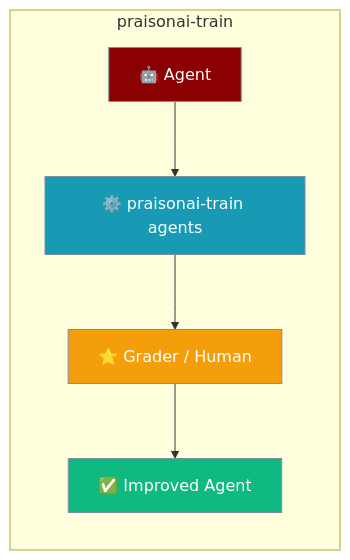
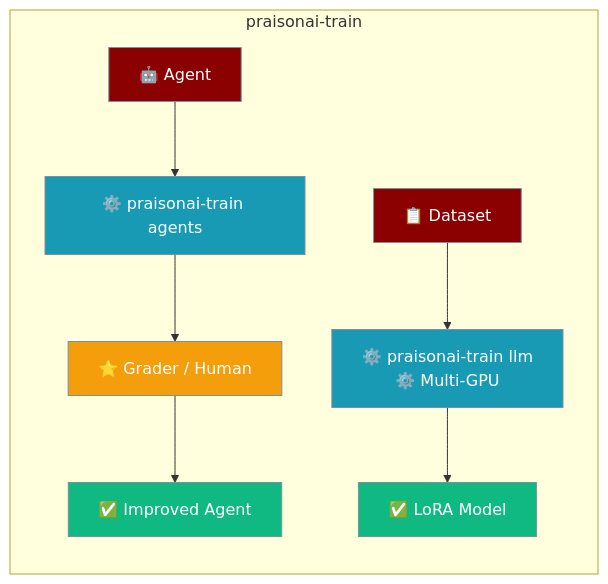
The first of 3 diagrams in docs/features/praisonai-train-package.mdx (MervinPraison/PraisonAIDocs), drawn with Mermaid before and after one commit. The commit also changed other lines of this file and 5 other files, not shown here.

Commit message:
docs: document praisonai-train multi-GPU, checkpointing, resume, eval & early stopping (fixes #2284)

````diff
--- a/docs/features/praisonai-train-package.mdx
+++ b/docs/features/praisonai-train-package.mdx
@@ -10,18 +10,20 @@
 ```mermaid
 graph LR
     subgraph "praisonai-train"
         Agent[🤖 Agent] --> Train[⚙️ praisonai-train agents]
         Train --> Grade[⭐ Grader / Human]
         Grade --> Better[✅ Improved Agent]
+        Data[📋 Dataset] --> LLM["⚙️ praisonai-train llm<br/>⚙️ Multi-GPU"]
+        LLM --> Model[✅ LoRA Model]
     end
 
     classDef input fill:#8B0000,stroke:#7C90A0,color:#fff
     classDef process fill:#189AB4,stroke:#7C90A0,color:#fff
     classDef grade fill:#F59E0B,stroke:#7C90A0,color:#fff
     classDef output fill:#10B981,stroke:#7C90A0,color:#fff
 
-    class Agent input
-    class Train process
+    class Agent,Data input
+    class Train,LLM process
     class Grade grade
-    class Better output
+    class Better,Model output
 ```
````
